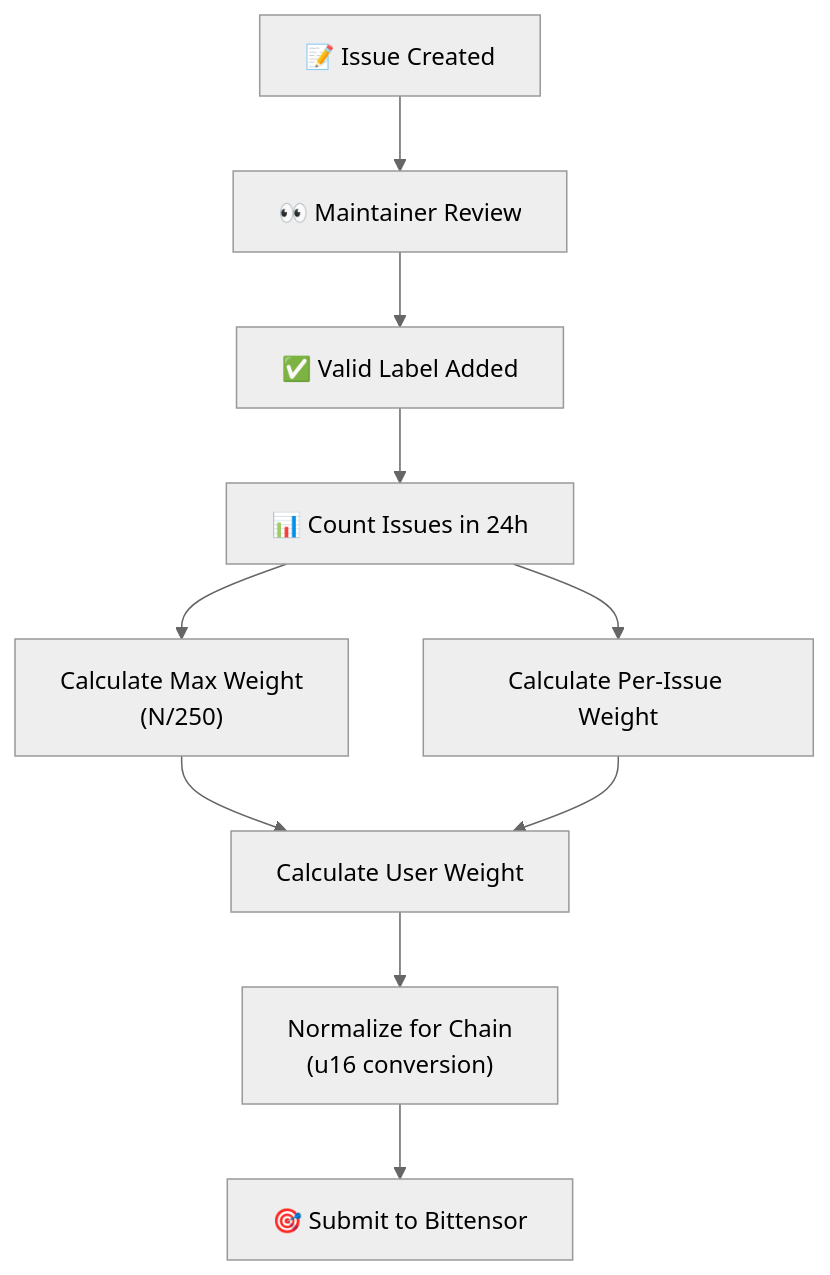
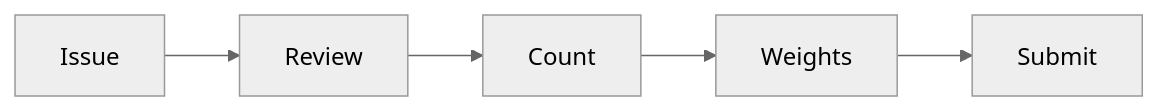
The diagram in docs/reference/scoring.md (PlatformNetwork/bounty-challenge), drawn with Mermaid (neutral theme) before and after one commit. The commit also changed 2 other files, not shown here.

Commit message:
docs: simplify Mermaid diagrams for better GitHub rendering

````diff
--- a/docs/reference/scoring.md
+++ b/docs/reference/scoring.md
@@ -323,15 +323,4 @@
 ```mermaid
-flowchart TD
-    A["📝 Issue Created"] --> B["👀 Maintainer Review"]
-    B --> C["✅ Valid Label Added"]
-    C --> D["📊 Count Issues in 24h"]
-    
-    D --> E["Calculate Max Weight<br/>(N/250)"]
-    D --> F["Calculate Per-Issue Weight"]
-    
-    E --> G["Calculate User Weight"]
-    F --> G
-    
-    G --> H["Normalize for Chain<br/>(u16 conversion)"]
-    H --> I["🎯 Submit to Bittensor"]
+flowchart LR
+    A["Issue"] --> B["Review"] --> C["Count"] --> D["Weights"] --> E["Submit"]
 ```
````
